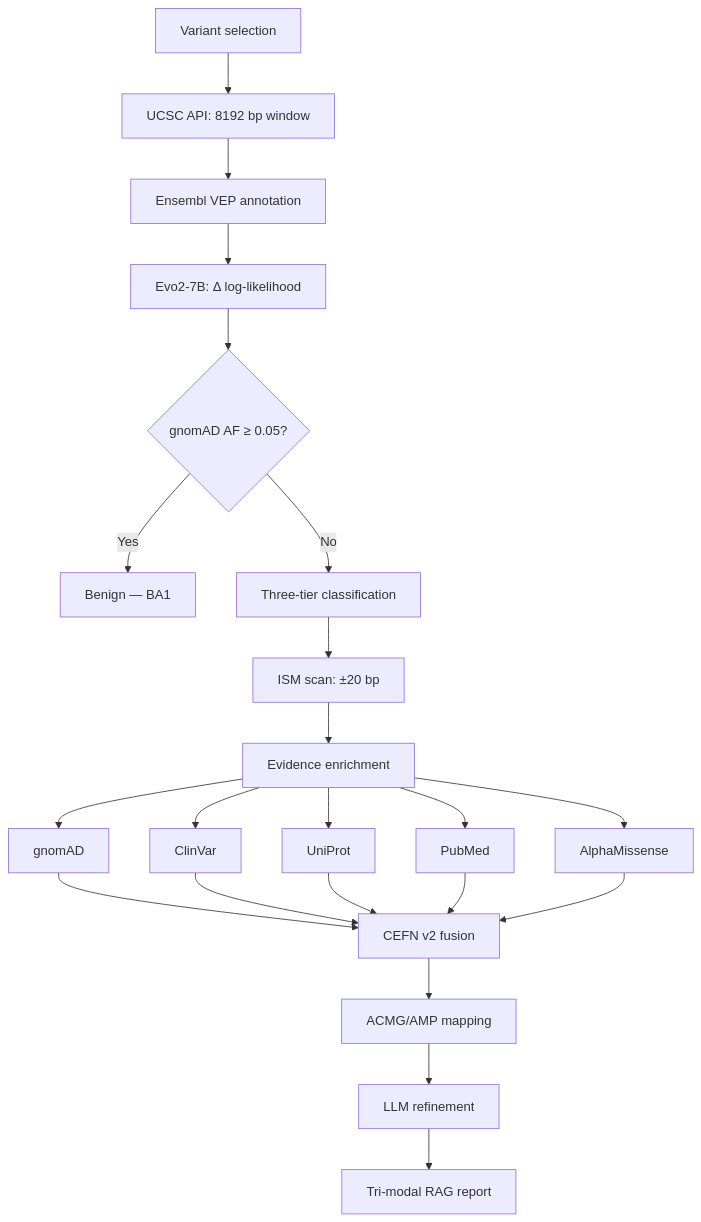
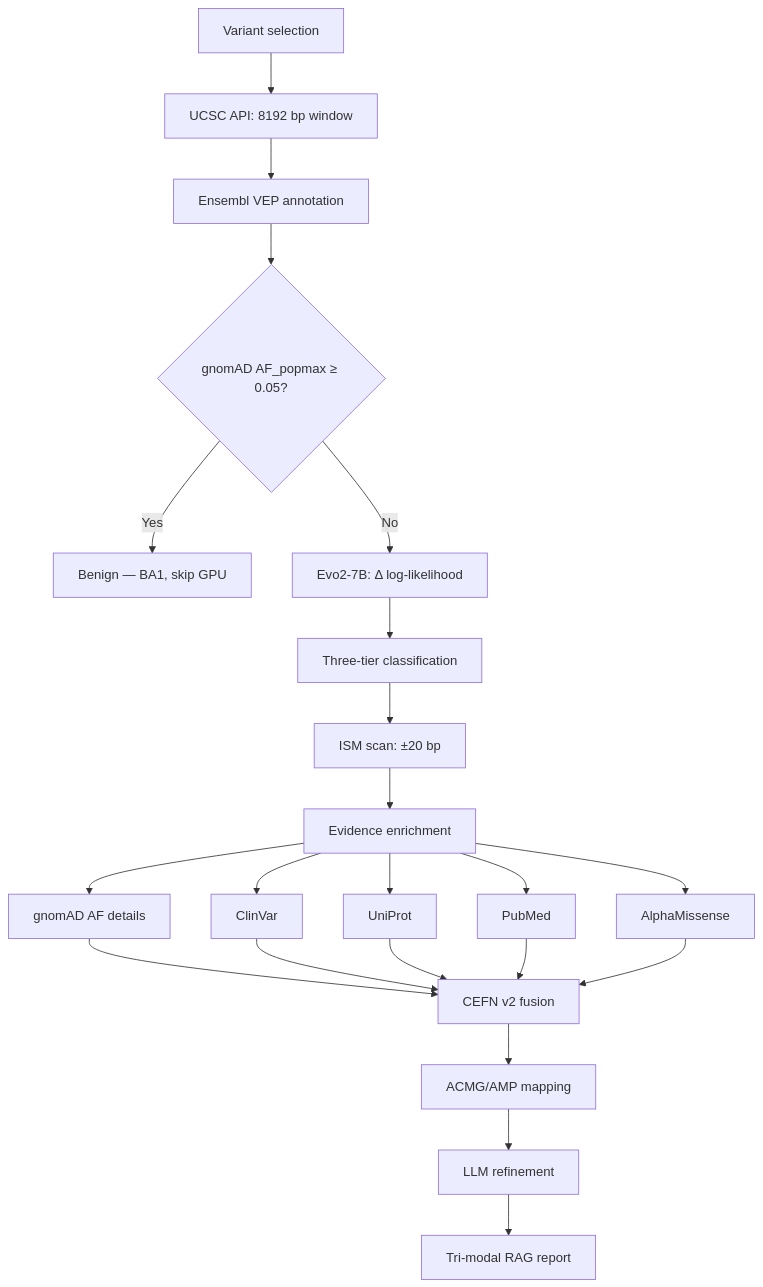
The diagram in backend/paper/methodology.md (soham-kar/cancer-detection_evo2), drawn with Mermaid before and after one commit. The commit also changed other lines of this file, not shown here.

````diff
--- a/backend/paper/methodology.md
+++ b/backend/paper/methodology.md
@@ -11,20 +161,20 @@
 ```mermaid
 flowchart TD
     A[Variant selection] --> B[UCSC API: 8192 bp window]
     B --> C[Ensembl VEP annotation]
-    C --> D[Evo2-7B: Δ log-likelihood]
-    D --> E{gnomAD AF ≥ 0.05?}
-    E -- Yes --> F[Benign — BA1]
-    E -- No --> G[Three-tier classification]
+    C --> D{gnomAD AF_popmax ≥ 0.05?}
+    D -- Yes --> E[Benign — BA1, skip GPU]
+    D -- No --> F[Evo2-7B: Δ log-likelihood]
+    F --> G[Three-tier classification]
     G --> H[ISM scan: ±20 bp]
     H --> I[Evidence enrichment]
-    I --> J[gnomAD]
+    I --> J[gnomAD AF details]
     I --> K[ClinVar]
     I --> L[UniProt]
     I --> M[PubMed]
     I --> AM[AlphaMissense]
     J & K & L & M & AM --> N[CEFN v2 fusion]
     N --> O[ACMG/AMP mapping]
     O --> P[LLM refinement]
     P --> Q[Tri-modal RAG report]
 ```
````
